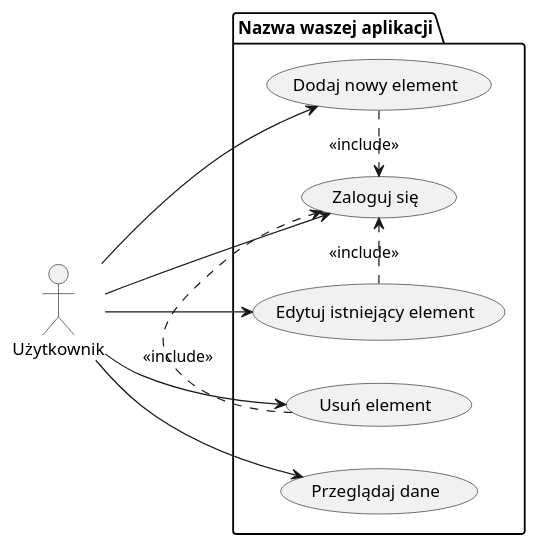
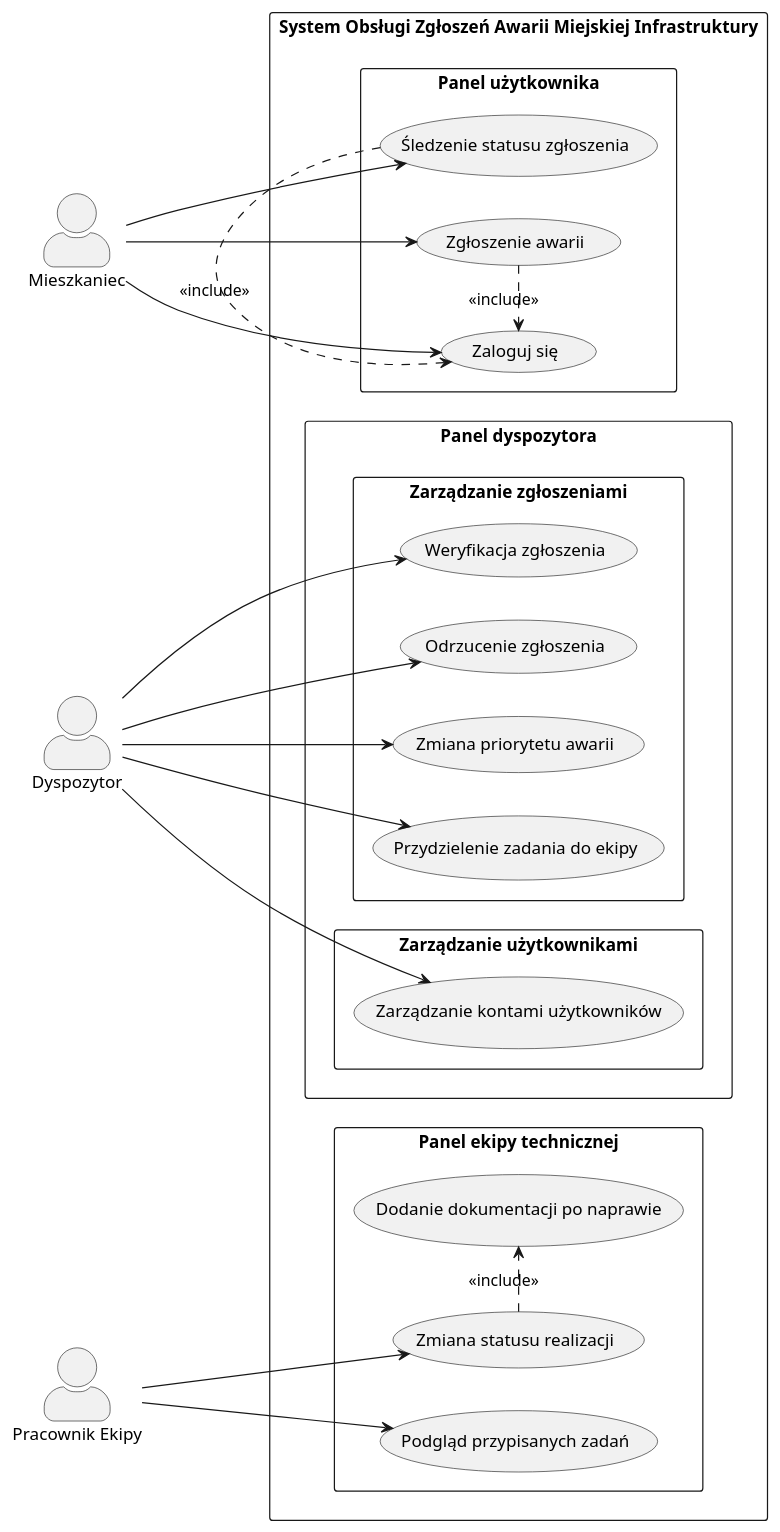
Before and after one commit to gscencel/po2026: the diagram in projekt/uml/01-przypadki-uzycia.puml, drawn with PlantUML. The commit also changed 1 other file, not shown here.

```diff
--- a/projekt/uml/01-przypadki-uzycia.puml
+++ b/projekt/uml/01-przypadki-uzycia.puml
@@ -1,38 +1,61 @@
 @startuml
 left to right direction
+skinparam packageStyle rectangle
+skinparam actorStyle awesome
 
-' TODO: zastąpcie "Użytkownik" właściwą nazwą aktora (np. Klient, Pracownik,
-' Administrator...) i dodajcie kolejnych aktorów, jeśli ich macie więcej.
-actor "Użytkownik" as User
+actor "Mieszkaniec" as Mieszkaniec
+actor "Dyspozytor" as Dyspozytor
+actor "Pracownik Ekipy" as Ekipa
 
-package "Nazwa waszej aplikacji" {
+rectangle "System Obsługi Zgłoszeń Awarii Miejskiej Infrastruktury" {
+  
+  ' Przypadki dla Mieszkańca
+  package "Panel użytkownika" {
+    usecase "Zaloguj się" as UC_Login
+    usecase "Zgłoszenie awarii" as UC_Zgloszenie
+    usecase "Śledzenie statusu zgłoszenia" as UC_Status
+  }
 
-    ' TODO: to są tylko przykładowe, generyczne przypadki użycia.
-    ' Zastąpcie je / dopiszcie własne, dopasowane do waszego tematu projektu.
-    usecase "Zaloguj się" as UC_Login
-    usecase "Przeglądaj dane" as UC_Browse
-    usecase "Dodaj nowy element" as UC_Add
-    usecase "Edytuj istniejący element" as UC_Edit
-    usecase "Usuń element" as UC_Delete
+  ' Przypadki dla Dyspozytora (Obsługa + Administracja)
+  package "Panel dyspozytora" {
+    package "Zarządzanie zgłoszeniami" {
+      usecase "Weryfikacja zgłoszenia" as UC_Weryfikacja
+      usecase "Odrzucenie zgłoszenia" as UC_Odrzucenie
+      usecase "Zmiana priorytetu awarii" as UC_Priorytet
+      usecase "Przydzielenie zadania do ekipy" as UC_Przydzial
+    }
+    package "Zarządzanie użytkownikami" {
+      usecase "Zarządzanie kontami użytkowników" as UC_Konta
+    }
+  }
 
-    User --> UC_Login
-    User --> UC_Browse
-    User --> UC_Add
-    User --> UC_Edit
-    User --> UC_Delete
-
-    ' Przykład relacji <<include>> — UC_Add zawsze wymaga bycia zalogowanym.
-    UC_Add .> UC_Login : <<include>>
-    UC_Edit .> UC_Login : <<include>>
-    UC_Delete .> UC_Login : <<include>>
+  ' Przypadki dla Ekipy Technicznej
+  package "Panel ekipy technicznej" {
+    usecase "Podgląd przypisanych zadań" as UC_Zadania
+    usecase "Zmiana statusu realizacji" as UC_ZmianaStatusu
+    usecase "Dodanie dokumentacji po naprawie" as UC_Dokumentacja
+  }
 }
 
-' Wskazówki:
-' - left to right direction układa aktorów po lewej, przypadki po prawej
-'   (czytelniejsze przy więcej niż 1 aktorze).
-' - <<include>> = przypadek ZAWSZE wywołuje inny jako swoją część.
-' - <<extend>> = przypadek OPCJONALNIE rozszerza inny, tylko w pewnych warunkach.
-' - Grupujcie powiązane przypadki użycia w podpakiety (package "Nazwa grupy" { ... }),
-'   jeśli macie ich więcej niż 5-6 — tak jak w materiale z zajęć (system biblioteczny).
+' Relacje Mieszkańca
+Mieszkaniec --> UC_Login
+Mieszkaniec --> UC_Zgloszenie
+Mieszkaniec --> UC_Status
+
+' Wymóg logowania dla operacji Mieszkańca
+UC_Zgloszenie .> UC_Login : <<include>>
+UC_Status .> UC_Login : <<include>>
+
+' Relacje Dyspozytora
+Dyspozytor --> UC_Weryfikacja
+Dyspozytor --> UC_Odrzucenie
+Dyspozytor --> UC_Priorytet
+Dyspozytor --> UC_Przydzial
+Dyspozytor --> UC_Konta
+
+' Relacje Ekipy
+Ekipa --> UC_Zadania
+Ekipa --> UC_ZmianaStatusu
+UC_ZmianaStatusu .> UC_Dokumentacja : <<include>>
 
 @enduml
```
